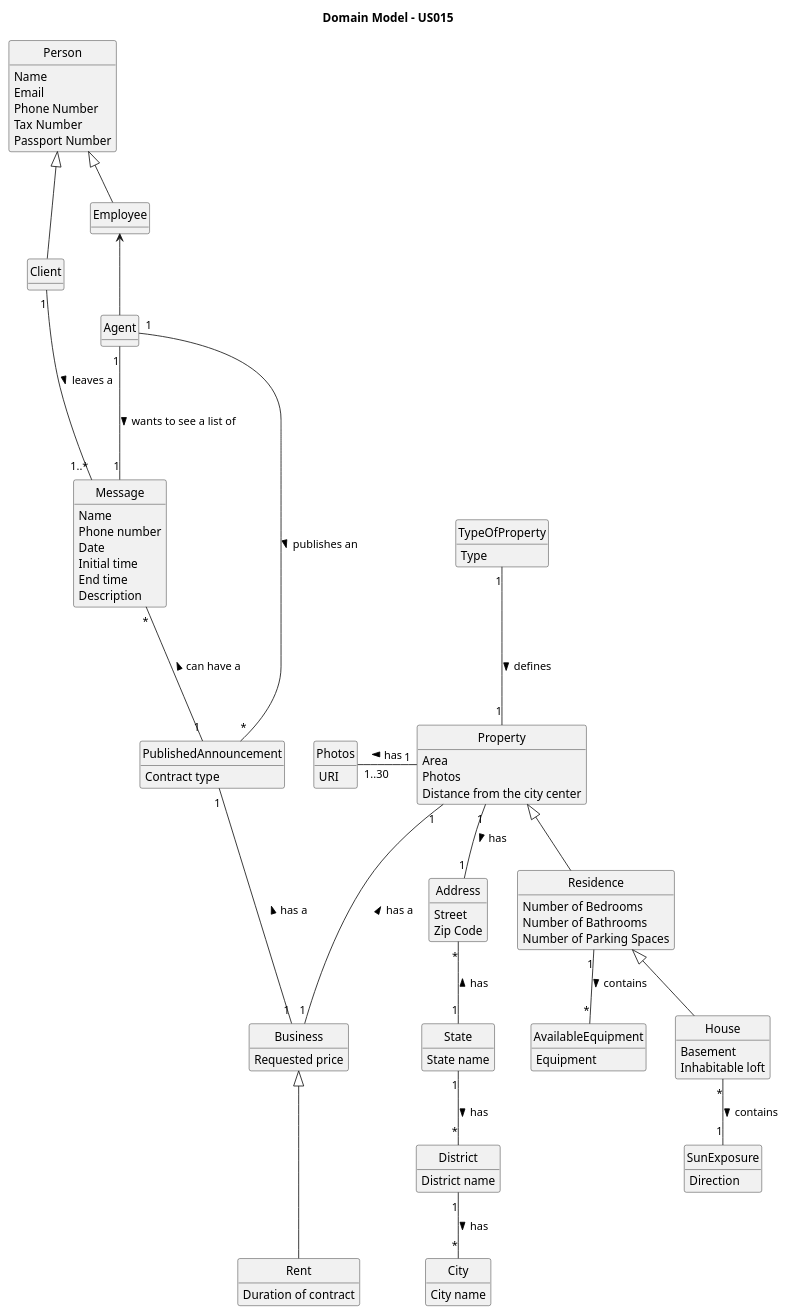
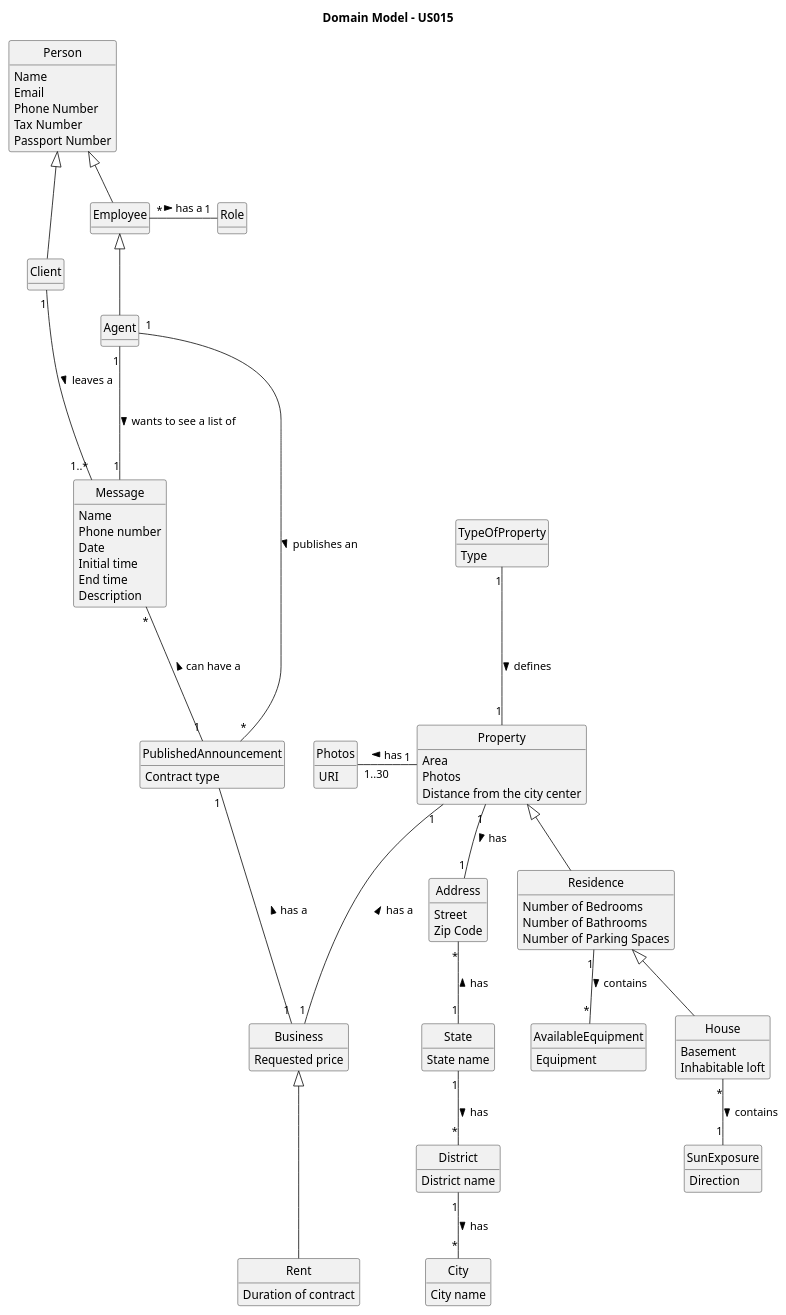
One commit to PureNimble/ISEP-LAPR2 changed the diagram in docs/sprintD/US015/02.analysis/puml/us015-domain-model.puml. Above: the diagram before and after it, drawn with PlantUML. The commit also changed 3 other files, not shown here.

Commit message:
US015- Class diagram update and domain module small corrections

```diff
--- a/docs/sprintD/US015/02.analysis/puml/us015-domain-model.puml
+++ b/docs/sprintD/US015/02.analysis/puml/us015-domain-model.puml
@@ -1,132 +1,137 @@
 @startuml
 skinparam monochrome true
 skinparam packageStyle rectangle
 skinparam shadowing false
 
 'left to right direction
 
 skinparam classAttributeIconSize 0
 
 hide circle
 hide methods
 
 title Domain Model - US015
 
  class Agent{
  }
 
  class Message{
      Name
      Phone number
      Date
      Initial time
      End time
      Description
  }
 
  class Employee{
  }
 
  class Person{
  Name
  Email
  Phone Number
  Tax Number
  Passport Number
  }
 
 
  class Address {
      Street
      Zip Code
  }
 
  class City {
      City name
  }
 
  class District {
      District name
  }
 
  class State {
      State name
  }
 
  State "1" -down- "*" District: has >
  District "1" -down- "*" City: has >
  Address "*" -down- "1" State: has <
 class Client {
 
  }
 
 
  class Residence {
      Number of Bedrooms
      Number of Bathrooms
      Number of Parking Spaces
  }
 
  class Property {
      Area
      Photos
      Distance from the city center
  }
 
  class TypeOfProperty{
      Type
  }
 
  class Photos {
      URI
  }
 
  class House {
      Basement
      Inhabitable loft
  }
 
  class SunExposure {
      Direction
  }
 
  class AvailableEquipment {
      Equipment
  }
 
  Residence <|-down- House
  Property <|-down- Residence
  Property "1" -left-- "1..30" Photos: has >
  SunExposure "1" -up- "*" House: contains <
  Address "1" -up- "1" Property: has <
  AvailableEquipment "*" -up- "1" Residence: contains <
  TypeOfProperty "1" -down-- "1" Property: defines >
 
 
  class Rent {
      Duration of contract
  }
 
  class Business {
      Requested price
  }
 
  class PublishedAnnouncement {
      Contract type
  }
 
+ class Role{
+
+ }
+
 
  Property "1" --- "1" Business: has a <
  PublishedAnnouncement "1" --- "1" Business: has a <
  Business <|--- Rent
  Message "*" --- "1" PublishedAnnouncement: can have a <
    Client "1" --right- "1..*" Message: leaves a >
    Agent "1" --- "*" PublishedAnnouncement: publishes an >
+   Employee "*" --right-"1" Role: has a >
 
 Agent "1" --- "1" Message: wants to see a list of >
 Person <|-- Employee
-Employee <-- Agent
+Employee <|-- Agent
 Person <|-- Client
 
 
 @enduml
```
